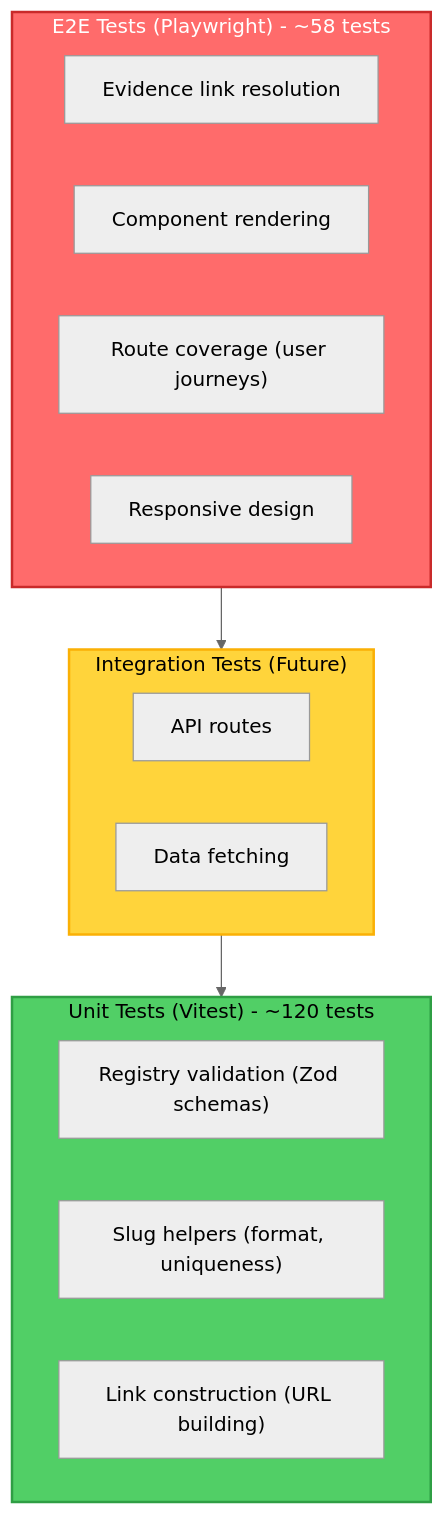
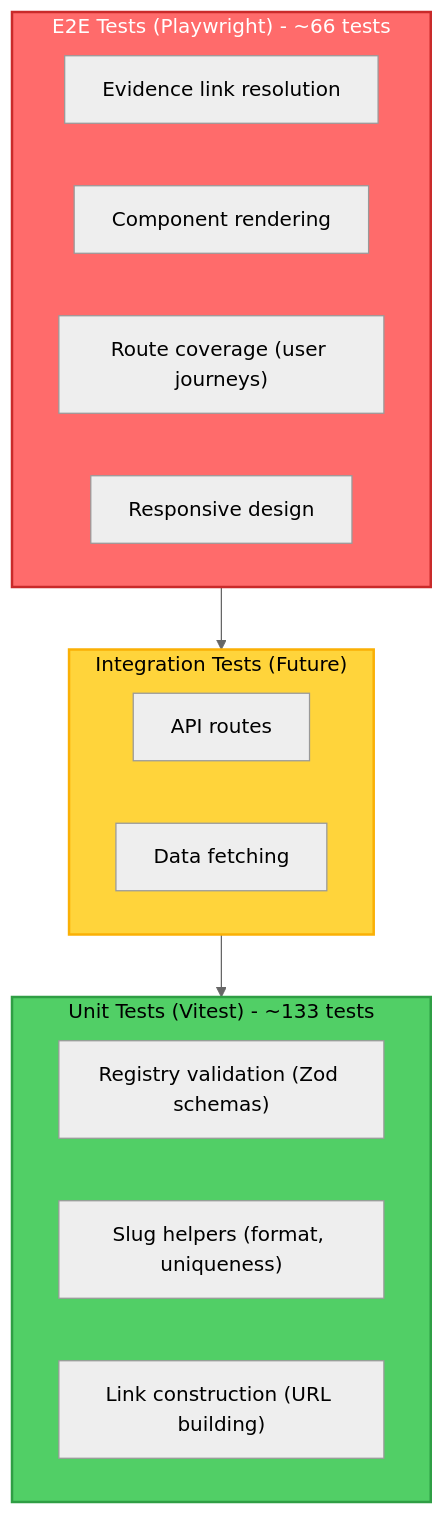
One commit to bryce-seefieldt/portfolio-docs changed the diagram in docs/70-reference/testing-guide.md. Above: the diagram before and after it, drawn with Mermaid (neutral theme). The commit also changed other lines of this file and 21 other files, not shown here.

````diff
--- a/docs/70-reference/testing-guide.md
+++ b/docs/70-reference/testing-guide.md
@@ -26,27 +26,27 @@
 ```mermaid
 graph TB
-    subgraph E2E["E2E Tests (Playwright) - ~58 tests"]
+    subgraph E2E["E2E Tests (Playwright) - ~66 tests"]
         E1["Evidence link resolution"]
         E2["Component rendering"]
         E3["Route coverage (user journeys)"]
         E4["Responsive design"]
     end
 
     subgraph INT["Integration Tests (Future)"]
         I1["API routes"]
         I2["Data fetching"]
     end
 
-    subgraph UNIT["Unit Tests (Vitest) - ~120 tests"]
+    subgraph UNIT["Unit Tests (Vitest) - ~133 tests"]
         U1["Registry validation (Zod schemas)"]
         U2["Slug helpers (format, uniqueness)"]
         U3["Link construction (URL building)"]
     end
 
     E2E --> INT
     INT --> UNIT
 
     style E2E fill:#ff6b6b,stroke:#c92a2a,stroke-width:2px,color:#fff
     style INT fill:#ffd43b,stroke:#fab005,stroke-width:2px,color:#000
     style UNIT fill:#51cf66,stroke:#2f9e44,stroke-width:2px,color:#000
 ```
````
